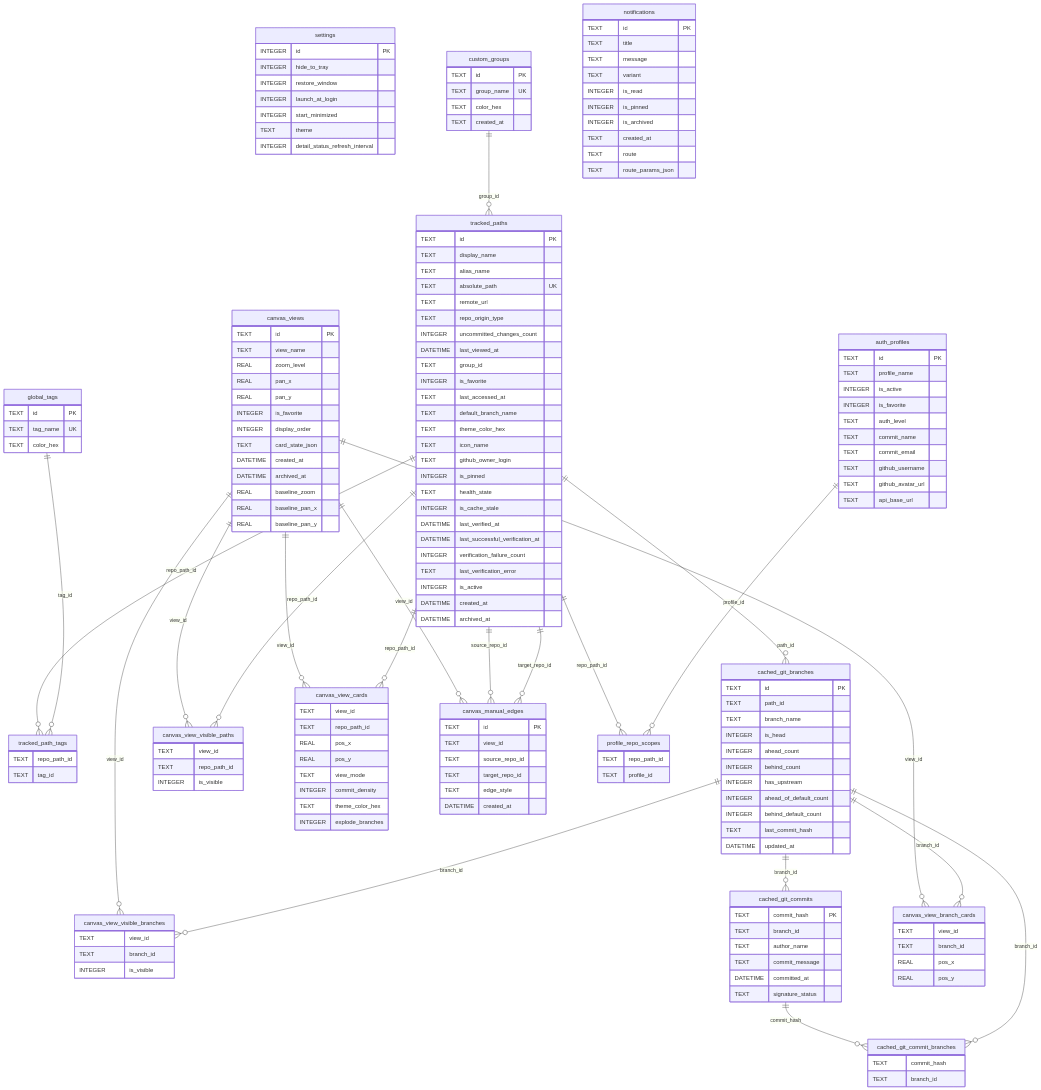
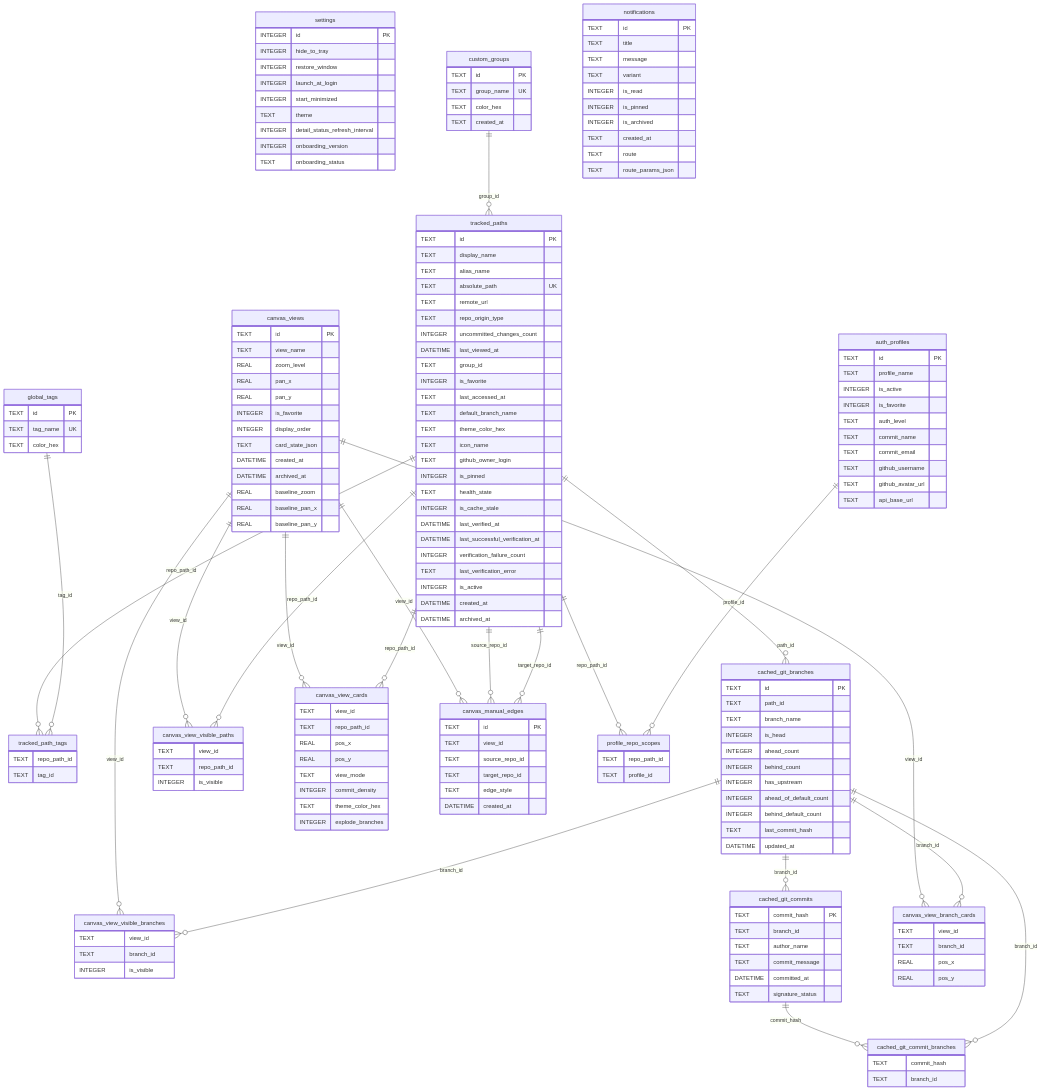
One commit to ChefMooon/branch-schematic changed the diagram in docs/Database.md. Above: the diagram before and after it, drawn with Mermaid. The commit also changed other lines of this file and 17 other files, not shown here.

```diff
--- a/docs/Database.md
+++ b/docs/Database.md
@@ -19,6 +19,8 @@
         INTEGER start_minimized
         TEXT theme
         INTEGER detail_status_refresh_interval
+        INTEGER onboarding_version
+        TEXT onboarding_status
     }
 
     tracked_paths {
```
